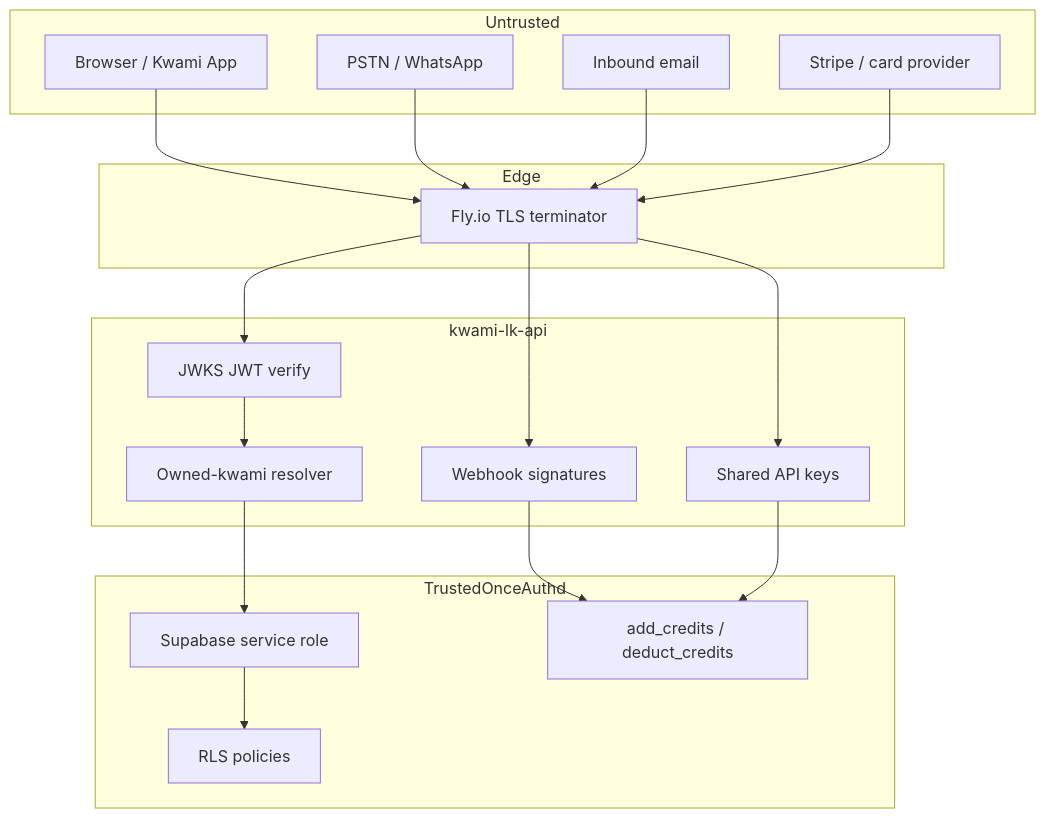
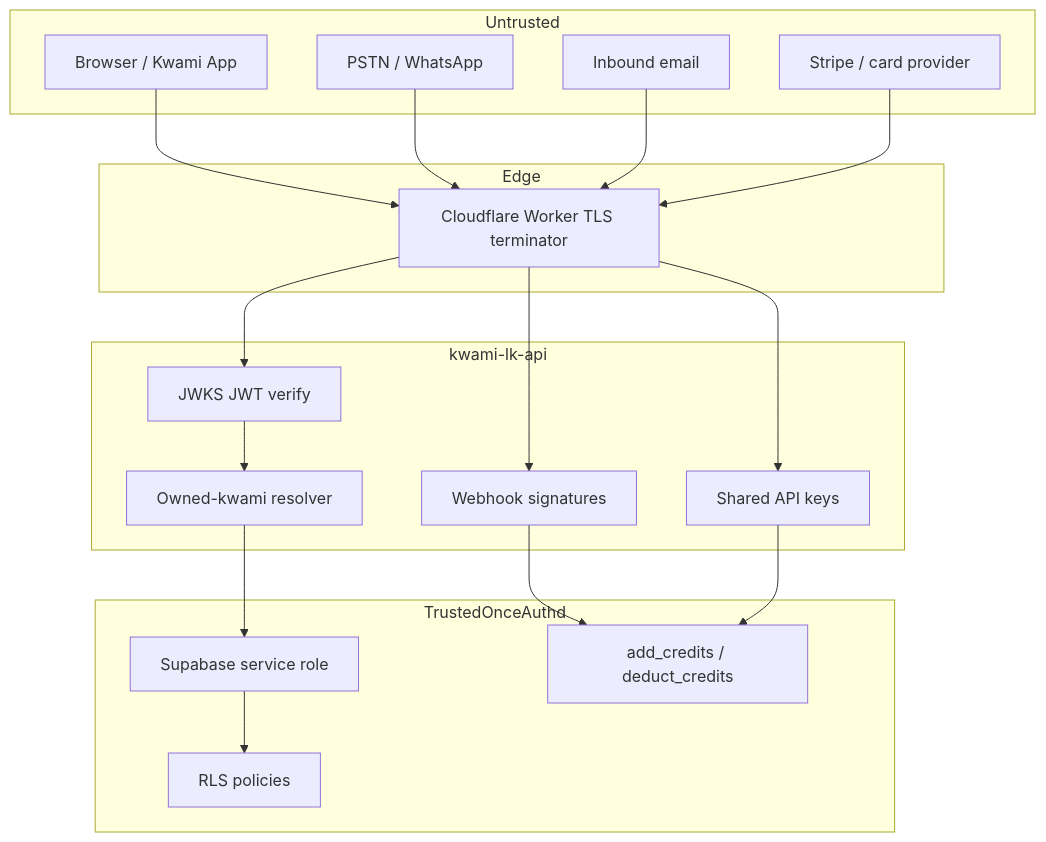
The diagram in docs/security.md (kwami-labs/kwami-lk-api), drawn with Mermaid before and after one commit. The commit also changed other lines of this file and 139 other files, not shown here.

````diff
--- a/docs/security.md
+++ b/docs/security.md
@@ -12,39 +12,39 @@
 ```mermaid
 flowchart TB
   subgraph Untrusted
     Browser["Browser / Kwami App"]
     Phone["PSTN / WhatsApp"]
     Mail["Inbound email"]
     Card["Stripe / card provider"]
   end
 
   subgraph Edge
-    Fly["Fly.io TLS terminator"]
+    CF["Cloudflare Worker TLS terminator"]
   end
 
   subgraph ThisProcess["kwami-lk-api"]
     JWT["JWKS JWT verify"]
     Sig["Webhook signatures"]
     Key["Shared API keys"]
     Own["Owned-kwami resolver"]
   end
 
   subgraph TrustedOnceAuthd
     SB["Supabase service role"]
     RPC["add_credits / deduct_credits"]
     RLS["RLS policies"]
   end
 
-  Browser --> Fly
-  Phone --> Fly
-  Mail --> Fly
-  Card --> Fly
-  Fly --> JWT
-  Fly --> Sig
-  Fly --> Key
+  Browser --> CF
+  Phone --> CF
+  Mail --> CF
+  Card --> CF
+  CF --> JWT
+  CF --> Sig
+  CF --> Key
   JWT --> Own
   Own --> SB
   Sig --> RPC
   Key --> RPC
   SB --> RLS
 ```
````
